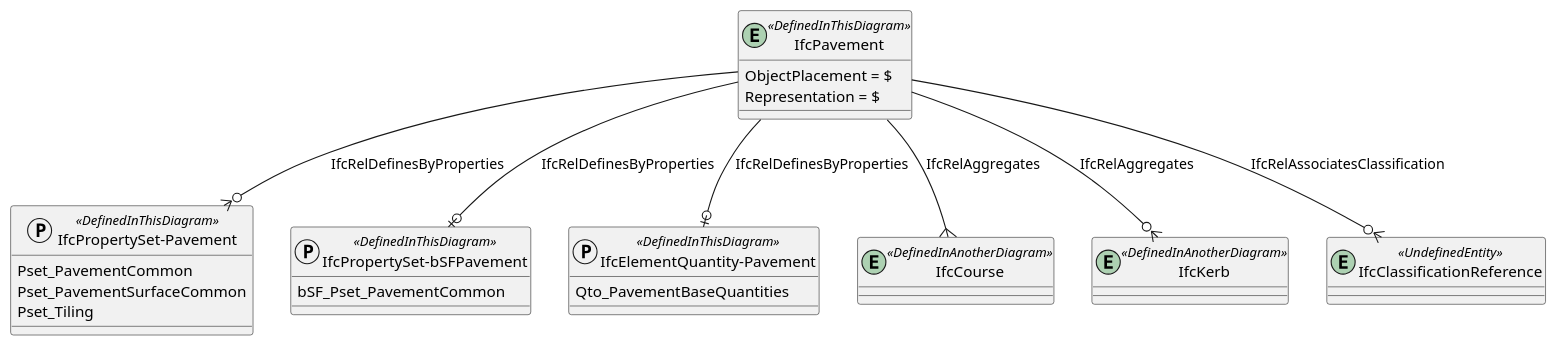
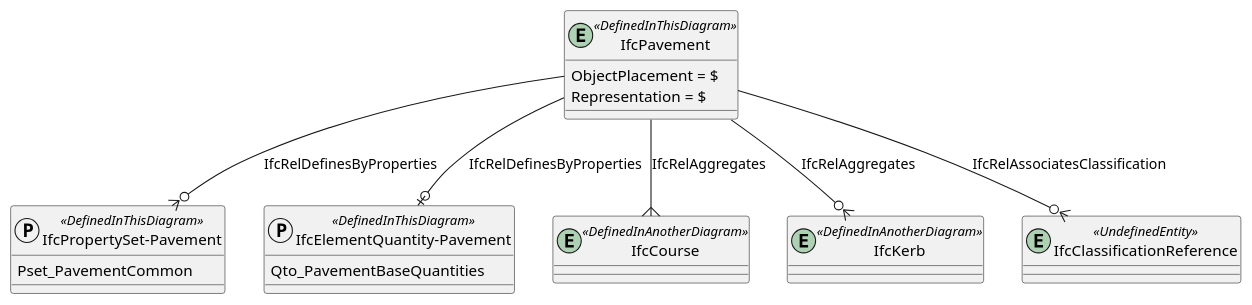
The diagram in diagrams/bsf-IfcPavement.pu (buildingSMART-Finland/RYTV-IFCRoute), drawn with PlantUML before and after one commit. The commit also changed 10 other files, not shown here.

```diff
--- a/diagrams/bsf-IfcPavement.pu
+++ b/diagrams/bsf-IfcPavement.pu
@@ -1,42 +1,36 @@
 @startuml 
 
 
 entity IfcPavement <<DefinedInThisDiagram>>
 {
   ObjectPlacement = $
   Representation = $
 }
 
 protocol "IfcPropertySet-Pavement" <<DefinedInThisDiagram>>
 {
     Pset_PavementCommon
-    Pset_PavementSurfaceCommon
-	Pset_Tiling
 }
+
 IfcPavement --o{ "IfcPropertySet-Pavement" : IfcRelDefinesByProperties
 
-protocol "IfcPropertySet-bSFPavement" <<DefinedInThisDiagram>>
-{
-    bSF_Pset_PavementCommon
-}
-IfcPavement --o| "IfcPropertySet-bSFPavement" : IfcRelDefinesByProperties
 
 protocol "IfcElementQuantity-Pavement" <<DefinedInThisDiagram>>
 {
     Qto_PavementBaseQuantities
 }
 IfcPavement --o| "IfcElementQuantity-Pavement" : IfcRelDefinesByProperties
 
 entity IfcCourse <<DefinedInAnotherDiagram>>
 entity IfcKerb <<DefinedInAnotherDiagram>>
 
 entity IfcClassificationReference <<UndefinedEntity>>
 IfcPavement --o{ IfcClassificationReference : IfcRelAssociatesClassification
 
 
 IfcPavement--{IfcCourse : IfcRelAggregates
 IfcPavement--o{IfcKerb : IfcRelAggregates
 
 
 
 @enduml
```
